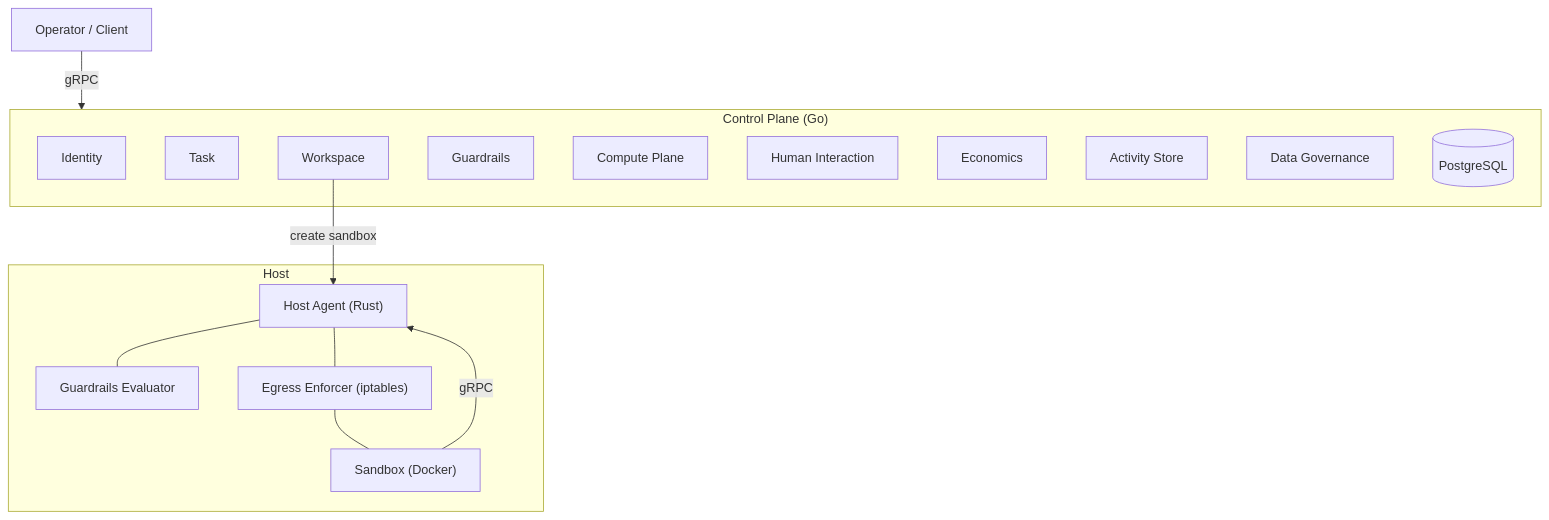
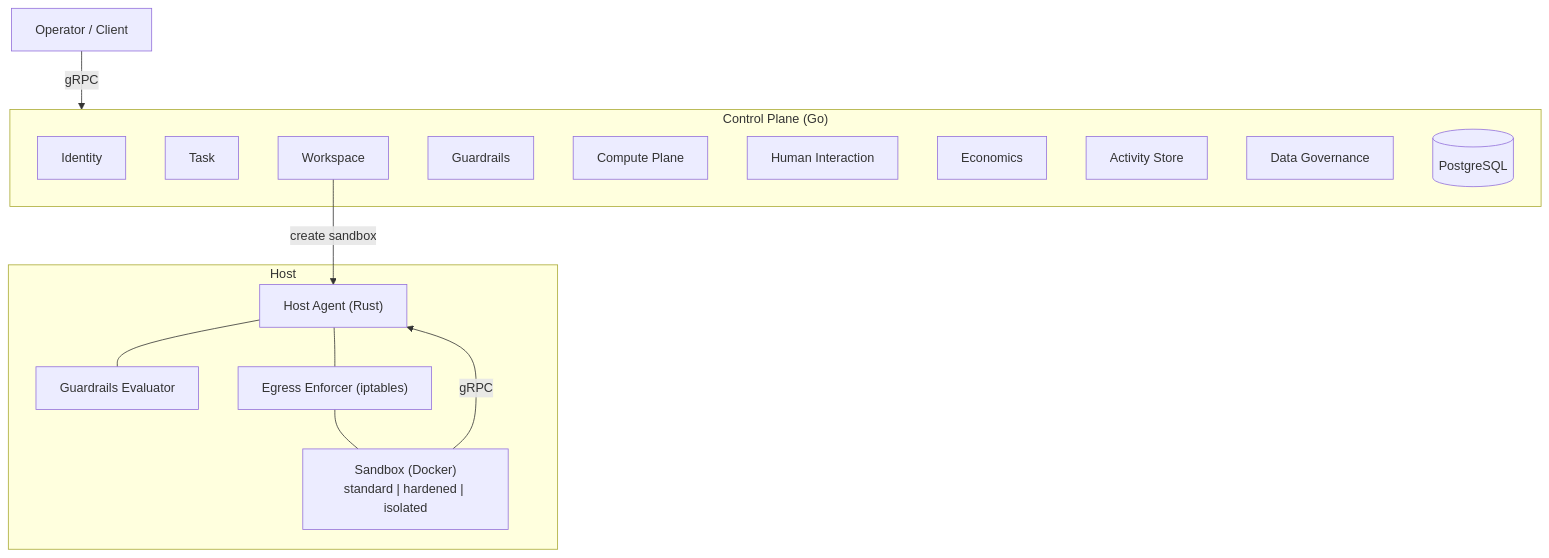
Before and after one commit to Baselyne-Systems/agent-sandbox-platform: the diagram in README.md, drawn with Mermaid. The commit also changed other lines of this file and 27 other files, not shown here.

````diff
--- a/README.md
+++ b/README.md
@@ -7,31 +7,31 @@
 ```mermaid
 graph TB
     Operator["Operator / Client"]
 
     subgraph CP["Control Plane (Go)"]
         Identity["Identity"]
         Task["Task"]
         Workspace["Workspace"]
         Guardrails["Guardrails"]
         Compute["Compute Plane"]
         Human["Human Interaction"]
         Economics["Economics"]
         Activity["Activity Store"]
         Governance["Data Governance"]
         PG[("PostgreSQL")]
     end
 
     subgraph Host["Host"]
         HostAgent["Host Agent (Rust)"]
         Evaluator["Guardrails Evaluator"]
         Egress["Egress Enforcer (iptables)"]
-        Sandbox["Sandbox (Docker)"]
+        Sandbox["Sandbox (Docker)<br/>standard | hardened | isolated"]
     end
 
     Operator -->|gRPC| CP
     Sandbox -->|gRPC| HostAgent
     HostAgent --- Evaluator
     HostAgent --- Egress
     Egress --- Sandbox
     Workspace -->|"create sandbox"| HostAgent
 ```
````
